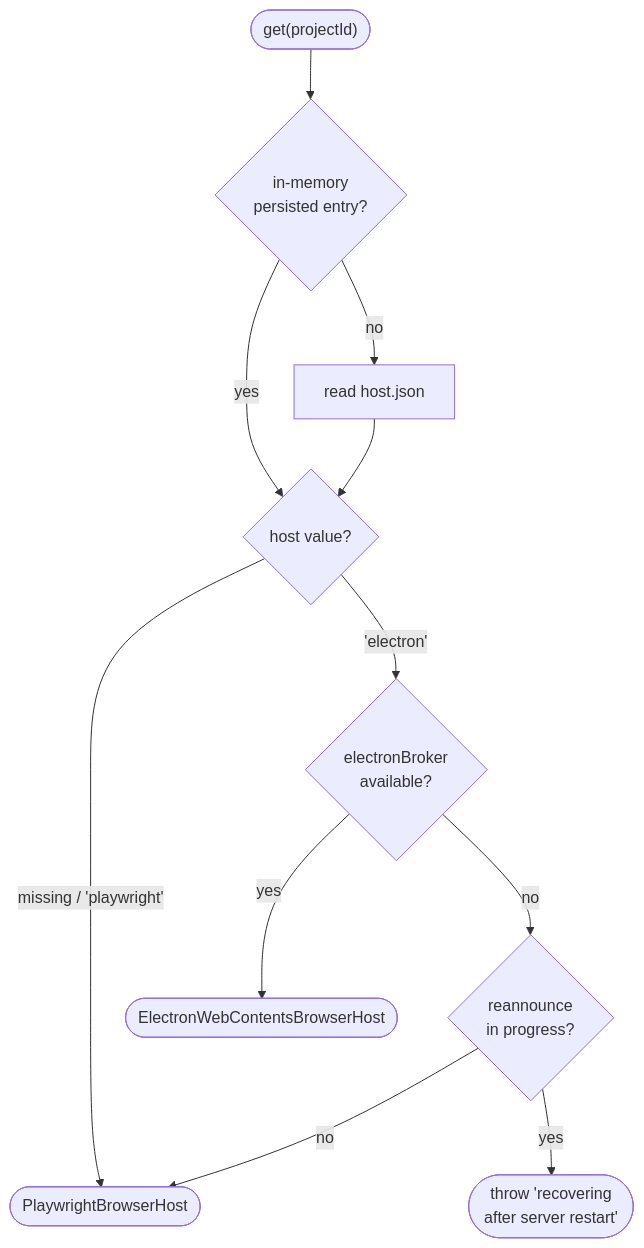
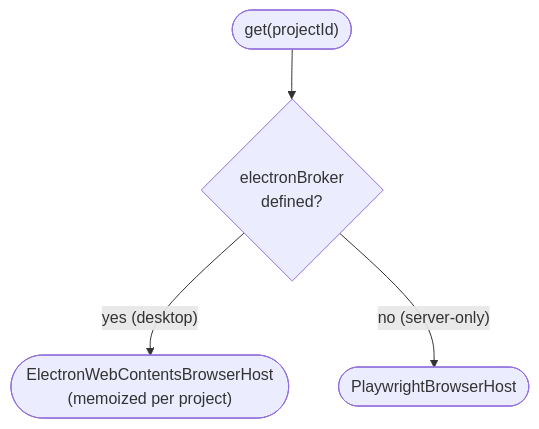
Before and after one commit to csmartinsfct/t3code: the second of 5 diagrams in docs/browser-tools.md, drawn with Mermaid. The commit also changed other lines of this file and 6 other files, not shown here.

First line of the commit message:
Make embedded browser always-on per project (T3CO-421)

````diff
--- a/docs/browser-tools.md
+++ b/docs/browser-tools.md
@@ -254,23 +243,11 @@
 ```mermaid
 flowchart TD
   Start(["get(projectId)"])
-  CheckMem{"in-memory<br/>persisted entry?"}
-  LoadDisk["read host.json"]
-  Parse{"host value?"}
-  CheckBroker{"electronBroker<br/>available?"}
-  CheckReannounce{"reannounce<br/>in progress?"}
-  Electron(["ElectronWebContentsBrowserHost"])
+  CheckBroker{"electronBroker<br/>defined?"}
+  Electron(["ElectronWebContentsBrowserHost<br/>(memoized per project)"])
   Play(["PlaywrightBrowserHost"])
-  Throw(["throw 'recovering<br/>after server restart'"])
 
-  Start --> CheckMem
-  CheckMem -- yes --> Parse
-  CheckMem -- no --> LoadDisk
-  LoadDisk --> Parse
-  Parse -- "missing / 'playwright'" --> Play
-  Parse -- "'electron'" --> CheckBroker
-  CheckBroker -- yes --> Electron
-  CheckBroker -- no --> CheckReannounce
-  CheckReannounce -- yes --> Throw
-  CheckReannounce -- no --> Play
+  Start --> CheckBroker
+  CheckBroker -- yes (desktop) --> Electron
+  CheckBroker -- no (server-only) --> Play
 ```
````
